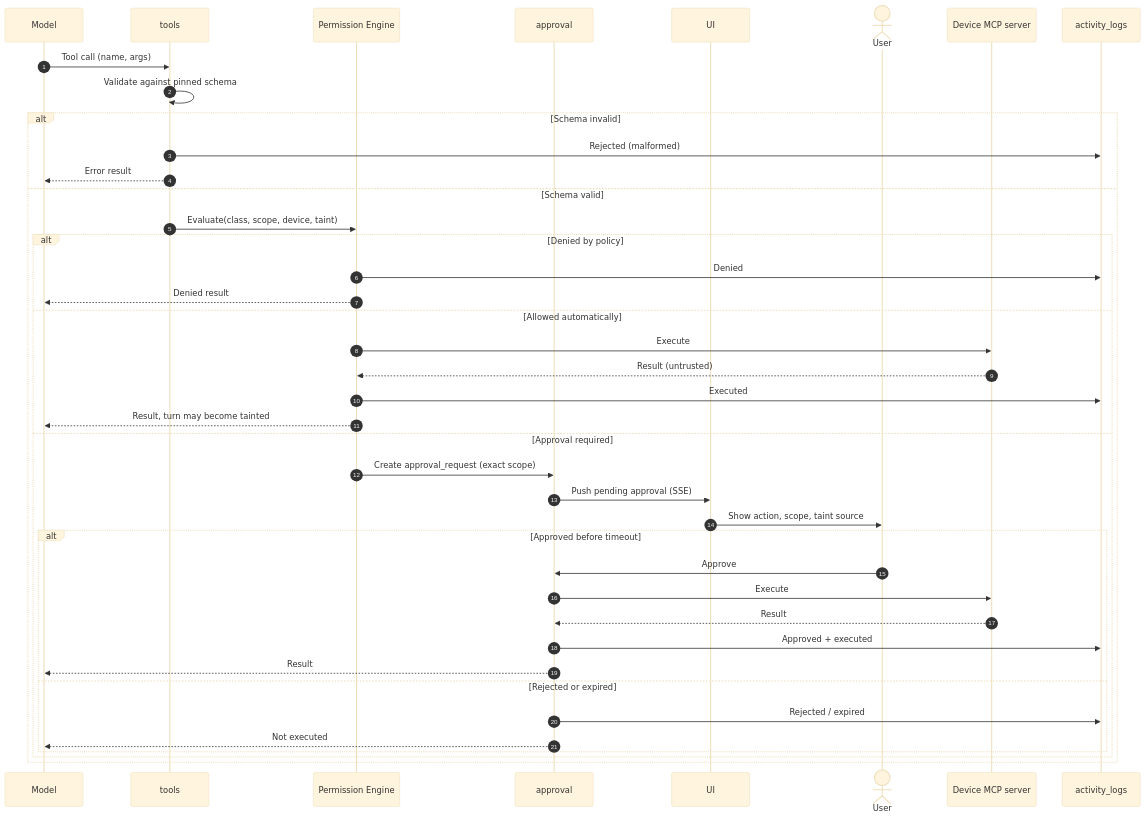
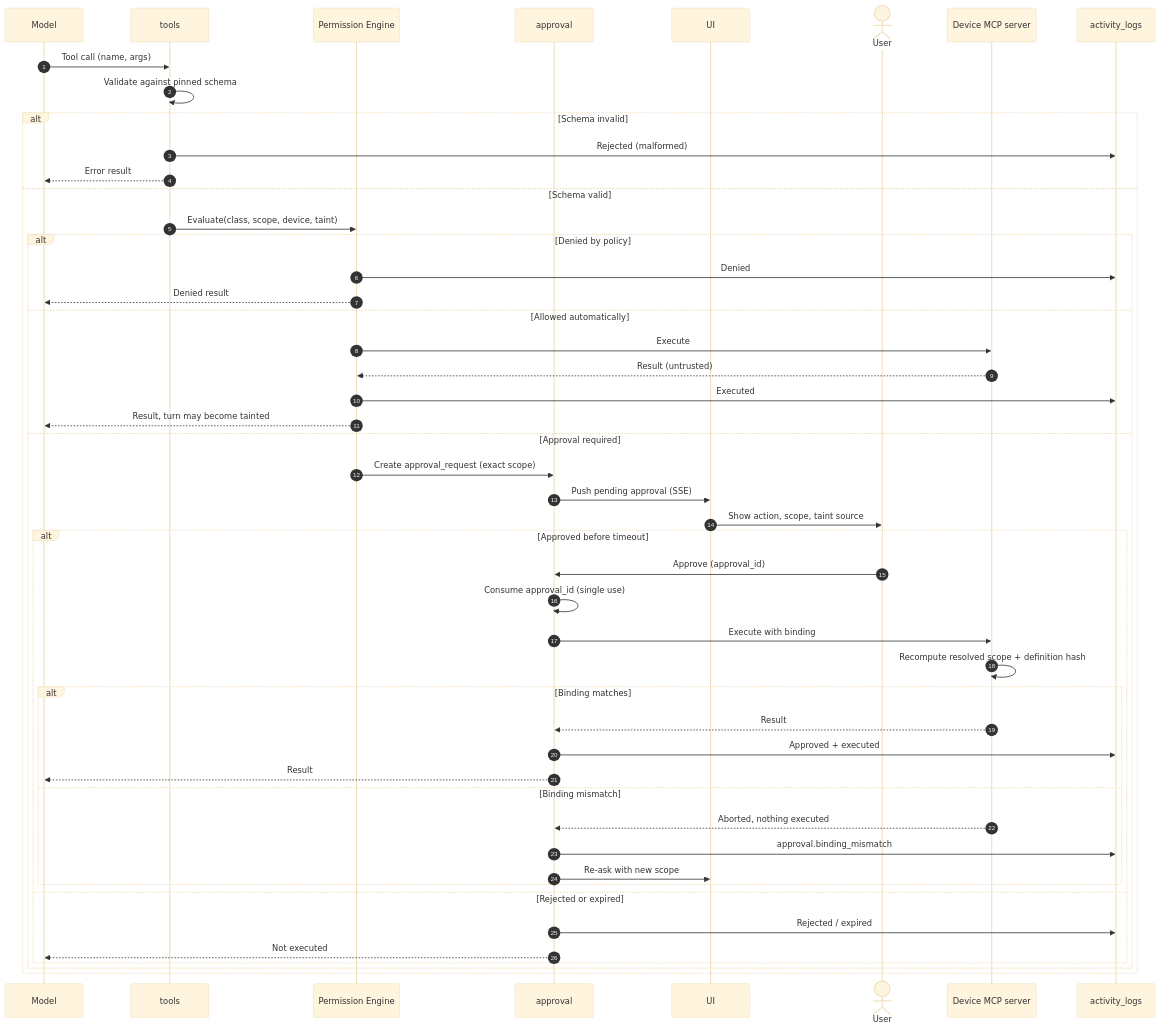
One commit to eerenyilmazz/mell-assistant changed diagram 11 of 21 in docs/PLAN.md. Above: the diagram before and after it, drawn with Mermaid (base theme). The commit also changed other lines of this file and 1 other file, not shown here.

First line of the commit message:
docs(plan): v0.5 architecture fixes from v0.4 review

````diff
--- a/docs/PLAN.md
+++ b/docs/PLAN.md
@@ -497,44 +612,52 @@
 ```mermaid
 sequenceDiagram
     autonumber
     participant M as Model
     participant T as tools
     participant P as Permission Engine
     participant A as approval
     participant UI as UI
     actor U as User
     participant S as Device MCP server
     participant L as activity_logs
 
     M->>T: Tool call (name, args)
     T->>T: Validate against pinned schema
     alt Schema invalid
         T->>L: Rejected (malformed)
         T-->>M: Error result
     else Schema valid
         T->>P: Evaluate(class, scope, device, taint)
         alt Denied by policy
             P->>L: Denied
             P-->>M: Denied result
         else Allowed automatically
             P->>S: Execute
             S-->>P: Result (untrusted)
             P->>L: Executed
             P-->>M: Result, turn may become tainted
         else Approval required
             P->>A: Create approval_request (exact scope)
             A->>UI: Push pending approval (SSE)
             UI->>U: Show action, scope, taint source
             alt Approved before timeout
-                U->>A: Approve
-                A->>S: Execute
-                S-->>A: Result
-                A->>L: Approved + executed
-                A-->>M: Result
+                U->>A: Approve (approval_id)
+                A->>A: Consume approval_id (single use)
+                A->>S: Execute with binding
+                S->>S: Recompute resolved scope + definition hash
+                alt Binding matches
+                    S-->>A: Result
+                    A->>L: Approved + executed
+                    A-->>M: Result
+                else Binding mismatch
+                    S-->>A: Aborted, nothing executed
+                    A->>L: approval.binding_mismatch
+                    A->>UI: Re-ask with new scope
+                end
             else Rejected or expired
                 A->>L: Rejected / expired
                 A-->>M: Not executed
             end
         end
     end
 ```
````
